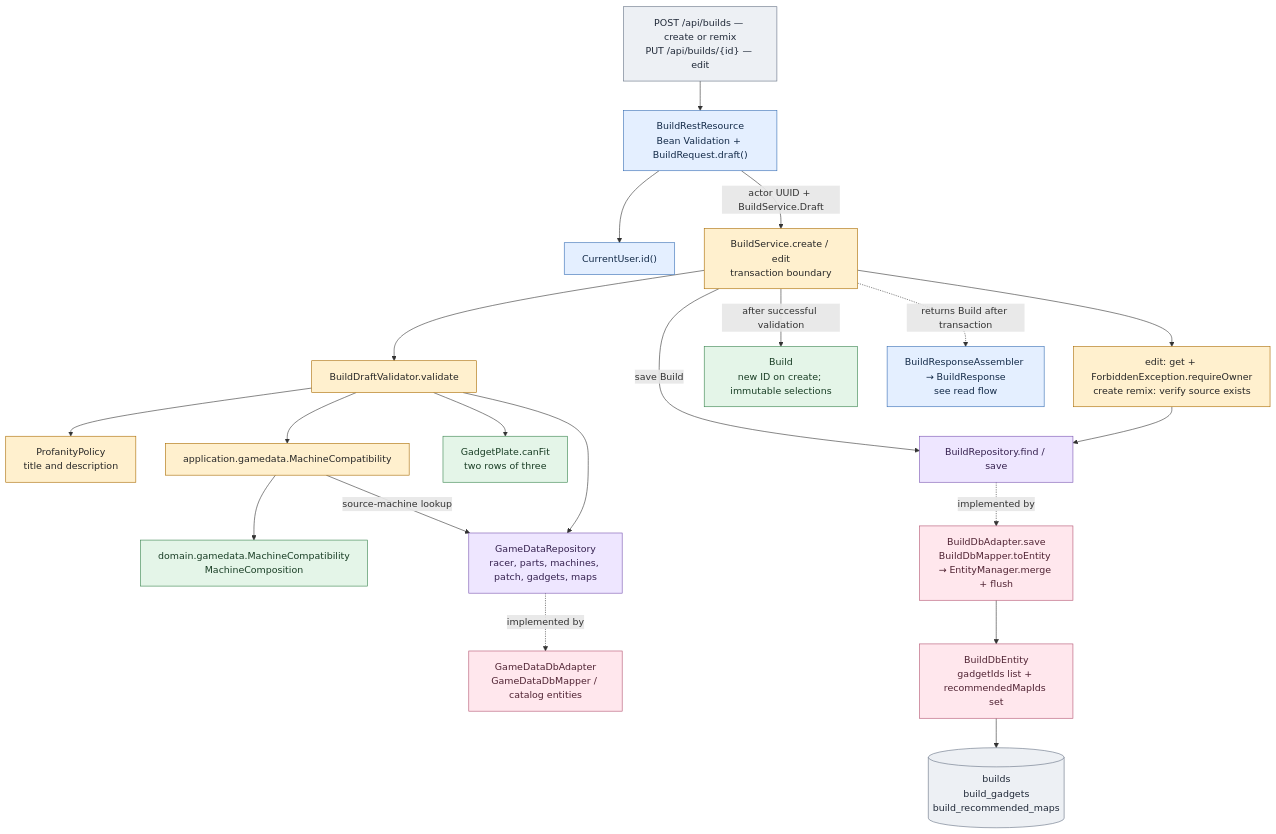
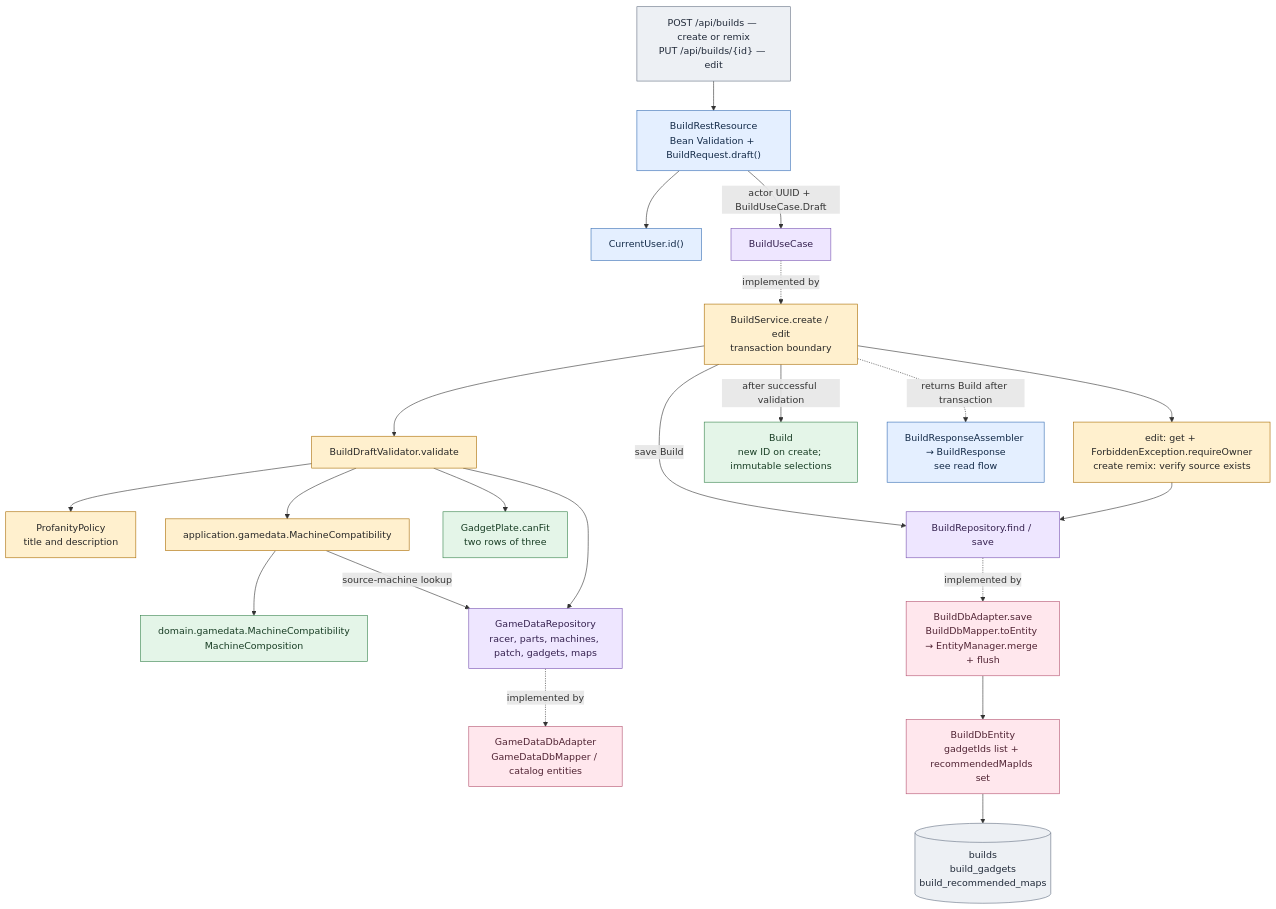
The sixth of 31 diagrams in docs/architecture-atlas.md (alexungu04genoff/RingLab), drawn with Mermaid before and after one commit. The commit also changed other lines of this file and 100 other files, not shown here.

````diff
--- a/docs/architecture-atlas.md
+++ b/docs/architecture-atlas.md
@@ -314,45 +334,46 @@
 ```mermaid
 flowchart TB
   http["POST /api/builds — create or remix<br/>PUT /api/builds/{id} — edit"]:::outside
   rest["BuildRestResource<br/>Bean Validation + BuildRequest.draft()"]:::rest
   actor["CurrentUser.id()"]:::rest
   svc["BuildService.create / edit<br/>transaction boundary"]:::app
   existing["edit: get + ForbiddenException.requireOwner<br/>create remix: verify source exists"]:::app
   draft["BuildDraftValidator.validate"]:::app
   profanity["ProfanityPolicy<br/>title and description"]:::app
   compat["application.gamedata.MachineCompatibility"]:::app
   rules["domain.gamedata.MachineCompatibility<br/>MachineComposition"]:::domain
   plate["GadgetPlate.canFit<br/>two rows of three"]:::domain
   game["GameDataRepository<br/>racer, parts, machines, patch, gadgets, maps"]:::port
   ga["GameDataDbAdapter<br/>GameDataDbMapper / catalog entities"]:::adapter
   build["Build<br/>new ID on create; immutable selections"]:::domain
   repo["BuildRepository.find / save"]:::port
   db["BuildDbAdapter.save<br/>BuildDbMapper.toEntity → EntityManager.merge + flush"]:::adapter
   entity["BuildDbEntity<br/>gadgetIds list + recommendedMapIds set"]:::adapter
   tables[("builds<br/>build_gadgets<br/>build_recommended_maps")]:::outside
   response["BuildResponseAssembler → BuildResponse<br/>see read flow"]:::rest
   http --> rest
   rest --> actor
-  rest -->|"actor UUID + BuildService.Draft"| svc
+  rest -->|"actor UUID + BuildUseCase.Draft"| input["BuildUseCase"]:::port
+  input -.->|"implemented by"| svc
   svc --> existing
   existing --> repo
   svc --> draft
   draft --> profanity
   draft --> compat
   compat --> rules
   draft --> plate
   draft --> game
   compat -->|"source-machine lookup"| game
   game -.->|"implemented by"| ga
   svc -->|"after successful validation"| build
   svc -->|"save Build"| repo
   repo -.->|"implemented by"| db
   db --> entity --> tables
   svc -.->|"returns Build after transaction"| response
   classDef rest fill:#e4efff,stroke:#356db4,color:#142b49
   classDef app fill:#fff0ce,stroke:#a96b00,color:#272727
   classDef domain fill:#e4f5e8,stroke:#37834c,color:#183d24
   classDef port fill:#eee6ff,stroke:#7954b1,color:#35214f
   classDef adapter fill:#ffe7ed,stroke:#b45370,color:#502333
   classDef outside fill:#edf0f4,stroke:#657184,color:#202938
 ```
````
